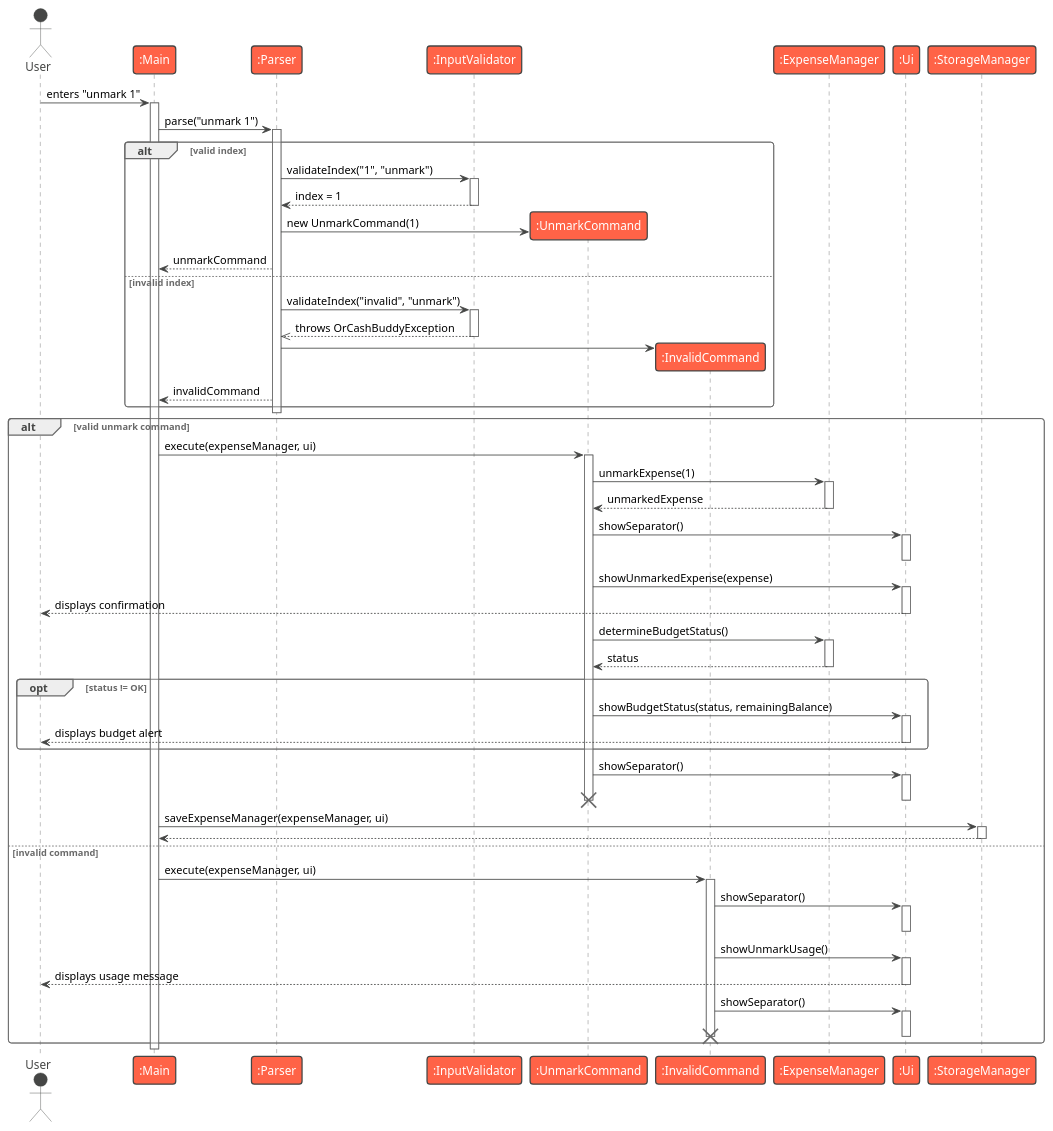
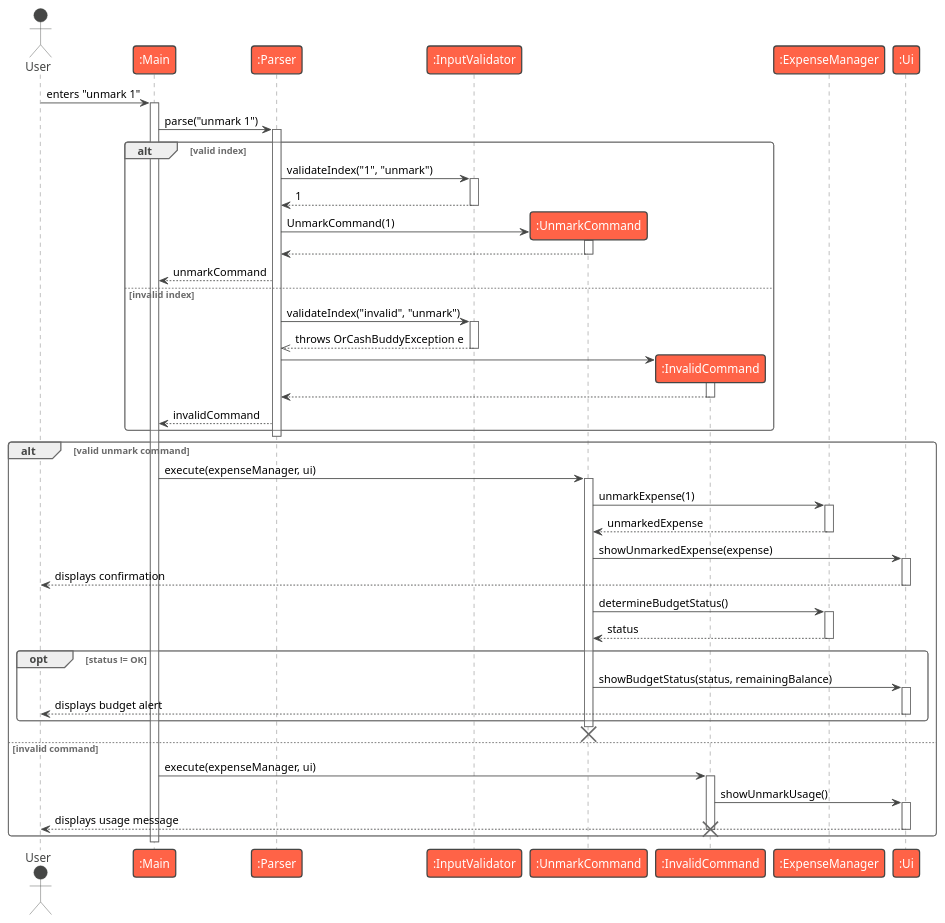
Before and after one commit to aydrienlaw/tp: the diagram in docs/diagrams/unmark-sequence.puml, drawn with PlantUML. The commit also changed 4 other files, not shown here.

Commit message:
docs(developer-guide): refine command parsing in sequence diagrams

```diff
--- a/docs/diagrams/unmark-sequence.puml
+++ b/docs/diagrams/unmark-sequence.puml
@@ -1,106 +1,90 @@
 @startuml
 !theme vibrant
 actor User
 participant ":Main" as Main
 participant ":Parser" as Parser
 participant ":InputValidator" as InputValidator
 participant ":UnmarkCommand" as UnmarkCommand
 participant ":InvalidCommand" as InvalidCommand
 participant ":ExpenseManager" as ExpenseManager
 participant ":Ui" as Ui
-participant ":StorageManager" as StorageManager
 
 User -> Main : enters "unmark 1"
 activate Main
 
 Main -> Parser : parse("unmark 1")
 activate Parser
 
 alt valid index
     Parser -> InputValidator : validateIndex("1", "unmark")
     activate InputValidator
-    InputValidator --> Parser : index = 1
+    InputValidator --> Parser : 1
     deactivate InputValidator
 
     create UnmarkCommand
-    Parser -> UnmarkCommand : new UnmarkCommand(1)
+    Parser -> UnmarkCommand : UnmarkCommand(1)
+    activate UnmarkCommand
+    UnmarkCommand --> Parser
+    deactivate UnmarkCommand
     Parser --> Main : unmarkCommand
 
 else invalid index
     Parser -> InputValidator : validateIndex("invalid", "unmark")
     activate InputValidator
-    InputValidator -->> Parser : throws OrCashBuddyException
+    InputValidator -->> Parser : throws OrCashBuddyException e
     deactivate InputValidator
 
     create InvalidCommand
     Parser -> InvalidCommand
+    activate InvalidCommand
+    InvalidCommand --> Parser
+    deactivate InvalidCommand
     Parser --> Main : invalidCommand
 end
 
 deactivate Parser
 
 alt valid unmark command
     Main -> UnmarkCommand : execute(expenseManager, ui)
     activate UnmarkCommand
 
     UnmarkCommand -> ExpenseManager : unmarkExpense(1)
     activate ExpenseManager
     ExpenseManager --> UnmarkCommand : unmarkedExpense
     deactivate ExpenseManager
-
-    UnmarkCommand -> Ui : showSeparator()
-    activate Ui
-    deactivate Ui
 
     UnmarkCommand -> Ui : showUnmarkedExpense(expense)
     activate Ui
     Ui --> User : displays confirmation
     deactivate Ui
 
     UnmarkCommand -> ExpenseManager : determineBudgetStatus()
     activate ExpenseManager
     ExpenseManager --> UnmarkCommand : status
     deactivate ExpenseManager
 
     opt status != OK
         UnmarkCommand -> Ui : showBudgetStatus(status, remainingBalance)
         activate Ui
         Ui --> User : displays budget alert
         deactivate Ui
     end
 
-    UnmarkCommand -> Ui : showSeparator()
-    activate Ui
-    deactivate Ui
-
     deactivate UnmarkCommand
     destroy UnmarkCommand
-
-    Main -> StorageManager : saveExpenseManager(expenseManager, ui)
-    activate StorageManager
-    StorageManager --> Main
-    deactivate StorageManager
 
 else invalid command
     Main -> InvalidCommand : execute(expenseManager, ui)
     activate InvalidCommand
 
-    InvalidCommand -> Ui : showSeparator()
-    activate Ui
-    deactivate Ui
-
     InvalidCommand -> Ui : showUnmarkUsage()
     activate Ui
     Ui --> User : displays usage message
-    deactivate Ui
-
-    InvalidCommand -> Ui : showSeparator()
-    activate Ui
     deactivate Ui
 
     deactivate InvalidCommand
     destroy InvalidCommand
 end
 
 deactivate Main
 @enduml
```
